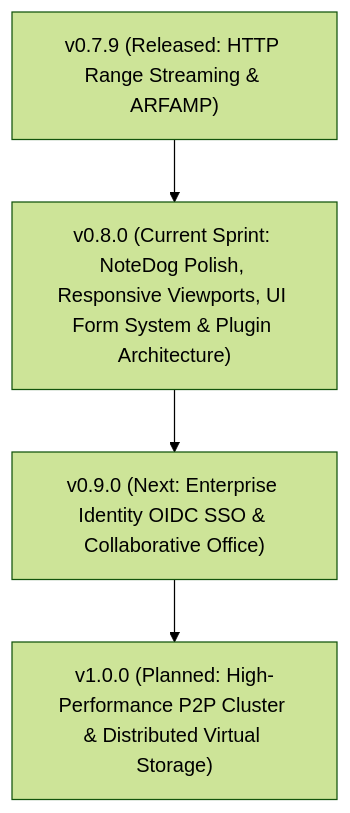
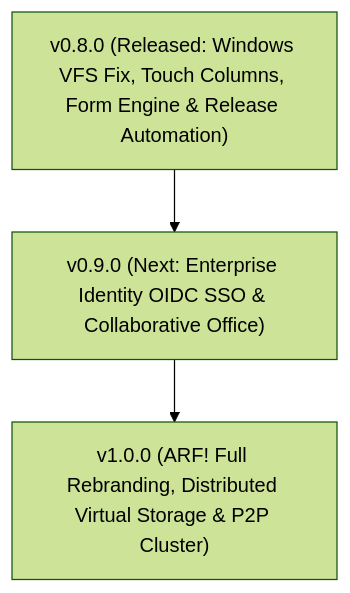
Before and after one commit to Woofson/brum: the diagram in ROADMAP.md, drawn with Mermaid (forest theme). The commit also changed other lines of this file, not shown here.

Commit message:
docs(roadmap): add ARF! rebranding & ecosystem migration master plan

````diff
--- a/ROADMAP.md
+++ b/ROADMAP.md
@@ -89,6 +93,5 @@
 ```mermaid
 graph TD
-    A["v0.7.9 (Released: HTTP Range Streaming & ARFAMP)"] --> B["v0.8.0 (Current Sprint: NoteDog Polish, Responsive Viewports, UI Form System & Plugin Architecture)"]
-    B --> C["v0.9.0 (Next: Enterprise Identity OIDC SSO & Collaborative Office)"]
-    C --> D["v1.0.0 (Planned: High-Performance P2P Cluster & Distributed Virtual Storage)"]
+    A["v0.8.0 (Released: Windows VFS Fix, Touch Columns, Form Engine & Release Automation)"] --> B["v0.9.0 (Next: Enterprise Identity OIDC SSO & Collaborative Office)"]
+    B --> C["v1.0.0 (ARF! Full Rebranding, Distributed Virtual Storage & P2P Cluster)"]
 ```
````
